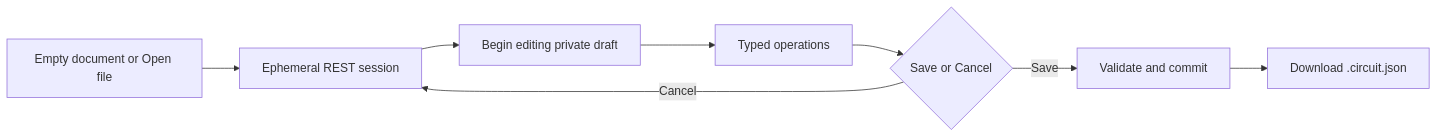
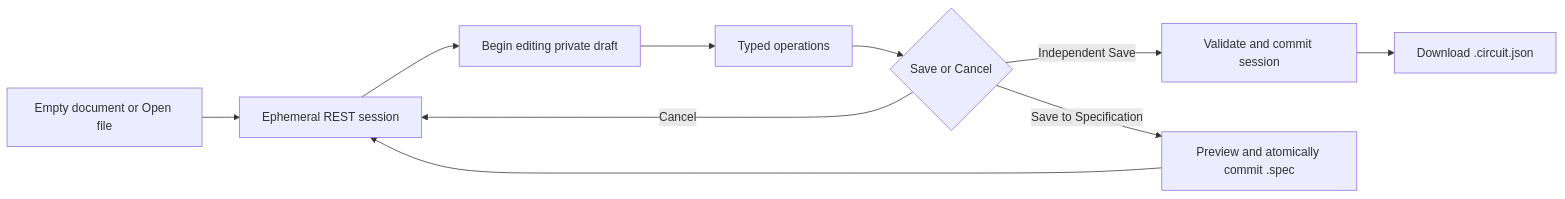
One commit to ankdesh/spec2gds changed the diagram in circuit-designer/apps/standalone/README.md. Above: the diagram before and after it, drawn with Mermaid. The commit also changed other lines of this file and 48 other files, not shown here.

````diff
--- a/circuit-designer/apps/standalone/README.md
+++ b/circuit-designer/apps/standalone/README.md
@@ -22,10 +22,12 @@
 ```mermaid
 flowchart LR
     Start["Empty document or Open file"] --> Session["Ephemeral REST session"]
     Session --> Begin["Begin editing private draft"]
     Begin --> Edit["Typed operations"]
     Edit --> Save{"Save or Cancel"}
-    Save -->|"Save"| Validate["Validate and commit"]
+    Save -->|"Independent Save"| Validate["Validate and commit session"]
     Validate --> Download["Download .circuit.json"]
+    Save -->|"Save to Specification"| Source["Preview and atomically commit .spec"]
+    Source --> Session
     Save -->|"Cancel"| Session
 ```
````
